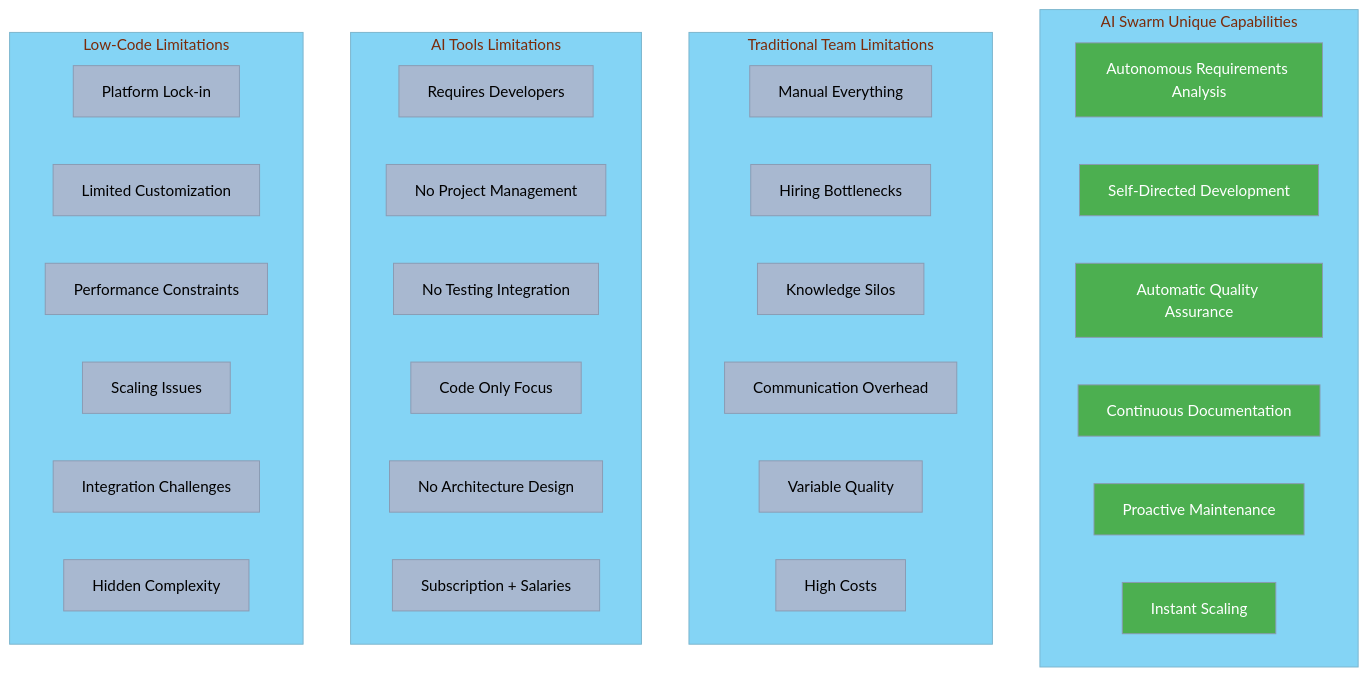
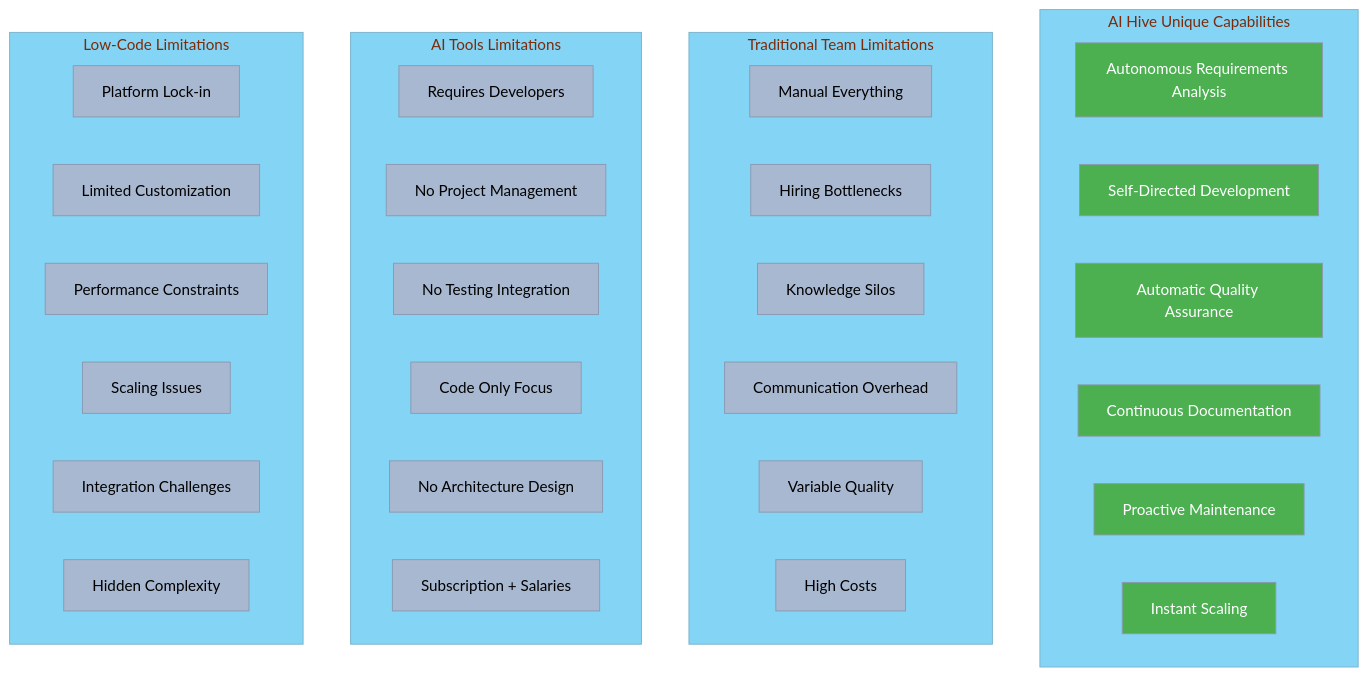
Before and after one commit to o2alexanderfedin/AI-Hive-Business-Docs: the first of 10 diagrams in business-documents/competitive-positioning/04-feature-comparison.md, drawn with Mermaid. The commit also changed other lines of this file and 22 other files, not shown here.

First line of the commit message:
Replace all references from 'AI Swarm' to 'AI Hive' across project

````diff
--- a/business-documents/competitive-positioning/04-feature-comparison.md
+++ b/business-documents/competitive-positioning/04-feature-comparison.md
@@ -60,57 +60,57 @@
 ```mermaid
 %%{init: {
   'theme': 'base',
   'themeVariables': {
     'primaryColor': '#A8B8D0',
     'primaryTextColor': '#000000',
     'primaryBorderColor': '#8A9AB2',
     'lineColor': '#8A9AB2',
     'secondaryColor': '#5DBCB6',
     'tertiaryColor': '#84D4F5',
     'background': '#F5F5F5'
   }
 }}%%
 graph TD
-    subgraph "AI Swarm Unique Capabilities"
+    subgraph "AI Hive Unique Capabilities"
         A1[Autonomous Requirements Analysis]
         A2[Self-Directed Development]
         A3[Automatic Quality Assurance]
         A4[Continuous Documentation]
         A5[Proactive Maintenance]
         A6[Instant Scaling]
     end
 
     subgraph "Traditional Team Limitations"
         B1[Manual Everything]
         B2[Hiring Bottlenecks]
         B3[Knowledge Silos]
         B4[Communication Overhead]
         B5[Variable Quality]
         B6[High Costs]
     end
 
     subgraph "AI Tools Limitations"
         C1[Requires Developers]
         C2[No Project Management]
         C3[No Testing Integration]
         C4[Code Only Focus]
         C5[No Architecture Design]
         C6[Subscription + Salaries]
     end
 
     subgraph "Low-Code Limitations"
         D1[Platform Lock-in]
         D2[Limited Customization]
         D3[Performance Constraints]
         D4[Scaling Issues]
         D5[Integration Challenges]
         D6[Hidden Complexity]
     end
 
     style A1 fill:#4CAF50,color:#fff
     style A2 fill:#4CAF50,color:#fff
     style A3 fill:#4CAF50,color:#fff
     style A4 fill:#4CAF50,color:#fff
     style A5 fill:#4CAF50,color:#fff
     style A6 fill:#4CAF50,color:#fff
 ```
````
